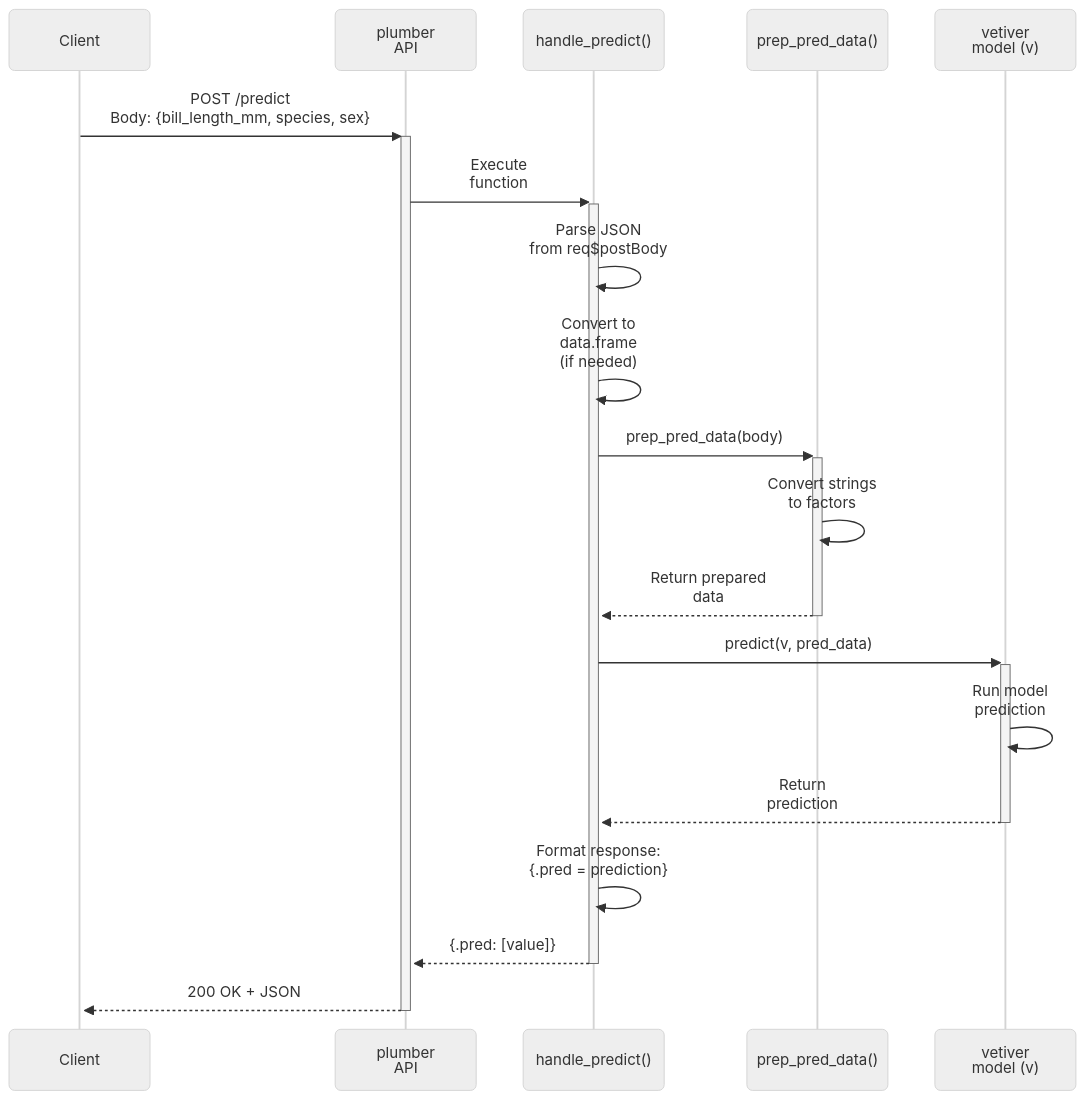
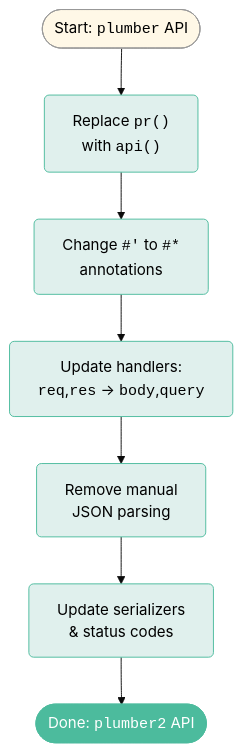
One commit to mjfrigaard/mjfrigaard.github.io changed the fourth of 4 diagrams in posts/shiny-plumber/index.qmd. Above: the diagram before and after it, drawn with Mermaid. The commit also changed other lines of this file and 32 other files, not shown here.

````diff
--- a/posts/shiny-plumber/index.qmd
+++ b/posts/shiny-plumber/index.qmd
@@ -516,45 +446,32 @@
 ```{mermaid}
-%%| fig-align: center
+%%| eval: true
 %%| echo: false
-%%| fig-cap: 'Predictions'
-%%{init: {'theme': 'neutral', 'look': 'neo', 'themeVariables': { 'fontFamily': 'monospace', "fontSize":"18px"}}}%%
+%%| fig-align: 'center'
+%%| fig-cap: 'Migration Steps: plumber to plumber2'
+%%{init: {'theme': 'base', 'themeVariables': {'fontFamily': 'monospace', 'darkMode': true}}}%%
 
-sequenceDiagram
-    
-    participant Client
-    participant API as plumber<br>API
-    participant Handler as handle_predict()
-    participant Helper as prep_pred_data()
-    participant VetiverObj as vetiver<br>model (v)
-    
-    Client->>API: POST /predict<br/>Body: {bill_length_mm, species, sex}
-    activate API
-    
-    API->>Handler: Execute<br>function
-    activate Handler
-    
-    Handler->>Handler: Parse JSON<br>from req$postBody
-    
-    Handler->>Handler: Convert to<br>data.frame<br>(if needed)
-    
-    Handler->>Helper: prep_pred_data(body)
-    activate Helper
-    Helper->>Helper: Convert strings<br>to factors
-    Helper-->>Handler: Return prepared<br>data
-    deactivate Helper
-    
-    Handler->>VetiverObj: predict(v, pred_data)
-    activate VetiverObj
-    VetiverObj->>VetiverObj: Run model<br>prediction
-    VetiverObj-->>Handler: Return<br>prediction
-    deactivate VetiverObj
-    
-    Handler->>Handler: Format response:<br/>{.pred = prediction}
-    
-    Handler-->>API: {.pred: [value]}
-    deactivate Handler
-    
-    API-->>Client: 200 OK + JSON
-    deactivate API
-    
+flowchart TD
+    Start(["Start: <code>plumber</code> API"])
+    Step1["Replace <code>pr()</code><br/>with <code>api()</code>"]
+    Step2["Change <code>#'</code> to <code>#*</code><br/>annotations"]
+    Step3["Update handlers:<br/><code>req</code>,<code>res</code> → <code>body</code>,<code>query</code>"]
+    Step4["Remove manual<br/>JSON parsing"]
+    Step5["Update serializers<br/>& status codes"]
+    Done(["Done: <code>plumber2</code> API"])
+
+    Start --> Step1
+    Step1 --> Step2
+    Step2 --> Step3
+    Step3 --> Step4
+    Step4 --> Step5
+    Step5 --> Done
+
+    style Step1 fill:#E0F0ED,stroke:#4CBB9D,color:#000000,rx:5,ry:5
+    style Step2 fill:#E0F0ED,stroke:#4CBB9D,color:#000000,rx:5,ry:5
+    style Step3 fill:#E0F0ED,stroke:#4CBB9D,color:#000000,rx:5,ry:5
+    style Step4 fill:#E0F0ED,stroke:#4CBB9D,color:#000000,rx:5,ry:5
+    style Step5 fill:#E0F0ED,stroke:#4CBB9D,color:#000000,rx:5,ry:5
+    style Start fill:#FFF8E7,stroke:#999,color:#000000
+    style Done fill:#4CBB9D,stroke:#4CBB9D,color:#FFFFFF,rx:5,ry:5
+
 ```
````
